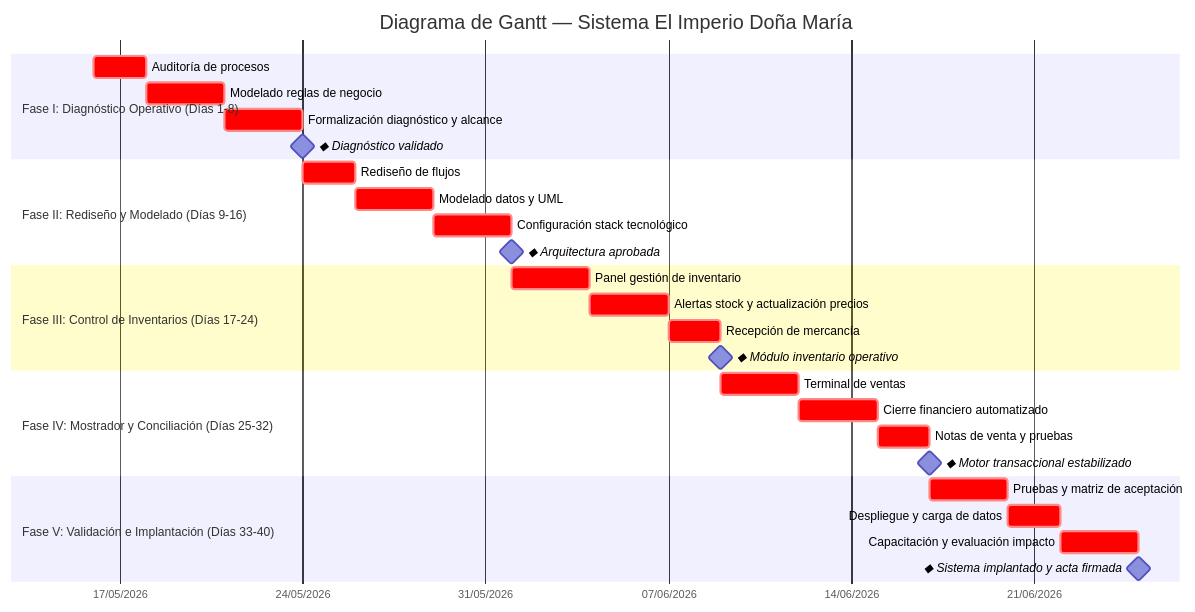
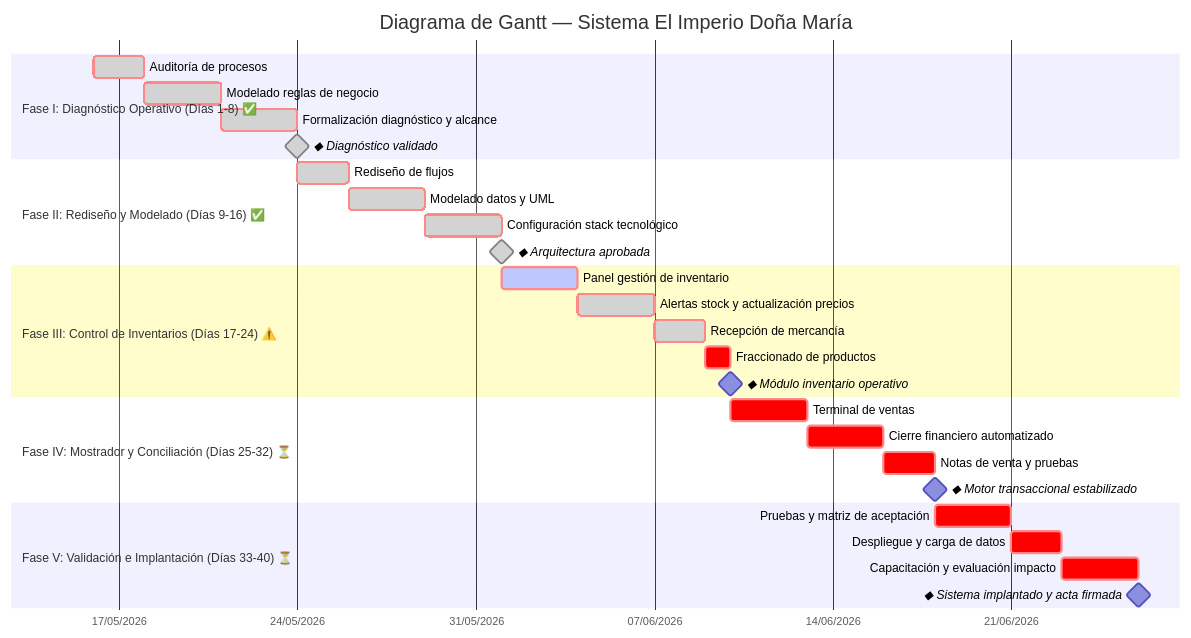
One commit to Deadflight/dona-maria-erp changed the diagram in docs/diagrams/gantt-plantuml.md. Above: the diagram before and after it, drawn with Mermaid. The commit also changed other lines of this file and 3 other files, not shown here.

First line of the commit message:
docs: update project status after Fase III - Task 20 completion

````diff
--- a/docs/diagrams/gantt-plantuml.md
+++ b/docs/diagrams/gantt-plantuml.md
@@ -7,38 +9,39 @@
 ```mermaid
 gantt
     title Diagrama de Gantt — Sistema El Imperio Doña María
     dateFormat YYYY-MM-DD
     axisFormat %d/%m/%Y
     tickInterval 1week
     weekend saturday
 
-    section Fase I: Diagnóstico Operativo (Días 1-8)
-    Auditoría de procesos :crit, f1a, 2026-05-16, 2d
-    Modelado reglas de negocio :crit, f1b, after f1a, 3d
-    Formalización diagnóstico y alcance :crit, f1c, after f1b, 3d
-    ◆ Diagnóstico validado :milestone, m1, after f1c, 0d
+    section Fase I: Diagnóstico Operativo (Días 1-8) ✅
+    Auditoría de procesos :done, crit, f1a, 2026-05-16, 2d
+    Modelado reglas de negocio :done, crit, f1b, after f1a, 3d
+    Formalización diagnóstico y alcance :done, crit, f1c, after f1b, 3d
+    ◆ Diagnóstico validado :done, milestone, m1, after f1c, 0d
 
-    section Fase II: Rediseño y Modelado (Días 9-16)
-    Rediseño de flujos :crit, f2a, after m1, 2d
-    Modelado datos y UML :crit, f2b, after f2a, 3d
-    Configuración stack tecnológico :crit, f2c, after f2b, 3d
-    ◆ Arquitectura aprobada :milestone, m2, after f2c, 0d
+    section Fase II: Rediseño y Modelado (Días 9-16) ✅
+    Rediseño de flujos :done, crit, f2a, after m1, 2d
+    Modelado datos y UML :done, crit, f2b, after f2a, 3d
+    Configuración stack tecnológico :done, crit, f2c, after f2b, 3d
+    ◆ Arquitectura aprobada :done, milestone, m2, after f2c, 0d
 
-    section Fase III: Control de Inventarios (Días 17-24)
-    Panel gestión de inventario :crit, f3a, after m2, 3d
-    Alertas stock y actualización precios :crit, f3b, after f3a, 3d
-    Recepción de mercancía :crit, f3c, after f3b, 2d
-    ◆ Módulo inventario operativo :milestone, m3, after f3c, 0d
+    section Fase III: Control de Inventarios (Días 17-24) ⚠️
+    Panel gestión de inventario :active, crit, f3a, after m2, 3d
+    Alertas stock y actualización precios :done, crit, f3b, after f3a, 3d
+    Recepción de mercancía :done, crit, f3c, after f3b, 2d
+    Fraccionado de productos :crit, f3d, after f3c, 1d
+    ◆ Módulo inventario operativo :milestone, m3, after f3d, 0d
 
-    section Fase IV: Mostrador y Conciliación (Días 25-32)
+    section Fase IV: Mostrador y Conciliación (Días 25-32) ⏳
     Terminal de ventas :crit, f4a, after m3, 3d
     Cierre financiero automatizado :crit, f4b, after f4a, 3d
     Notas de venta y pruebas :crit, f4c, after f4b, 2d
     ◆ Motor transaccional estabilizado :milestone, m4, after f4c, 0d
 
-    section Fase V: Validación e Implantación (Días 33-40)
+    section Fase V: Validación e Implantación (Días 33-40) ⏳
     Pruebas y matriz de aceptación :crit, f5a, after m4, 3d
     Despliegue y carga de datos :crit, f5b, after f5a, 2d
     Capacitación y evaluación impacto :crit, f5c, after f5b, 3d
     ◆ Sistema implantado y acta firmada :milestone, m5, after f5c, 0d
 ```
````
